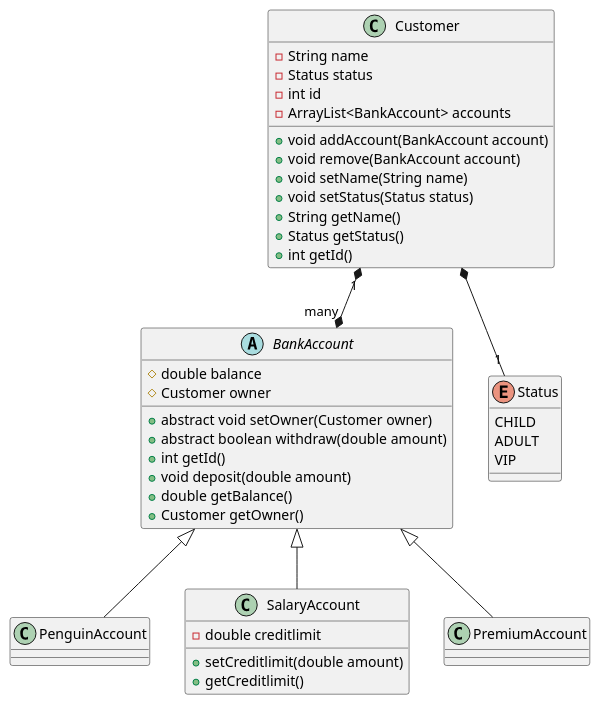
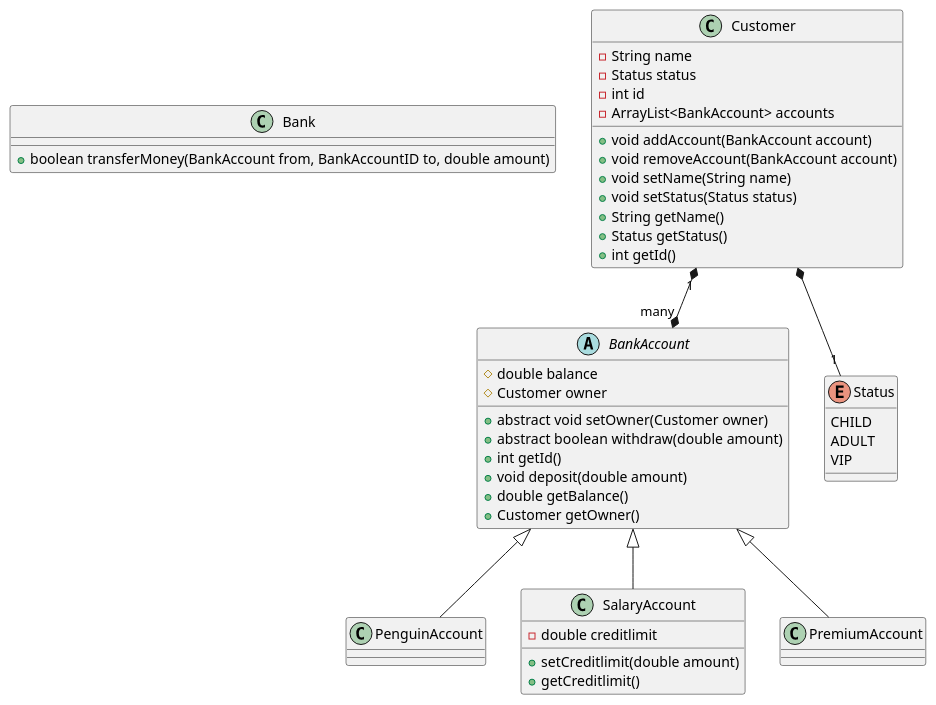
The diagram in Documentation/diagram.puml (kotteletfisk/BankAccount), drawn with PlantUML before and after one commit. The commit also changed 1 other file, not shown here.

Commit message:
Created Bank

```diff
--- a/Documentation/diagram.puml
+++ b/Documentation/diagram.puml
@@ -1,52 +1,52 @@
 @startuml
 'https://plantuml.com/class-diagram
+class Bank{
+    + boolean transferMoney(BankAccount from, BankAccountID to, double amount)
+}
 
 abstract class BankAccount{
     # double balance
     # Customer owner
-
     + abstract void setOwner(Customer owner)
     + abstract boolean withdraw(double amount)
     + int getId()
     + void deposit(double amount)
     + double getBalance()
     + Customer getOwner()
 }
 class PenguinAccount
 class SalaryAccount{
     - double creditlimit
     + setCreditlimit(double amount)
     + getCreditlimit()
 }
 class PremiumAccount
 
 class Customer{
     - String name
     - Status status
     - int id
     - ArrayList<BankAccount> accounts
    + void addAccount(BankAccount account)
-   + void remove(BankAccount account)
+   + void removeAccount(BankAccount account)
    + void setName(String name)
    + void setStatus(Status status)
    + String getName()
    + Status getStatus()
    + int getId()
 }
 
 enum Status{
     CHILD
     ADULT
     VIP
 }
 
 BankAccount <|-- PenguinAccount
 BankAccount <|-- SalaryAccount
 BankAccount <|-- PremiumAccount
 
 Customer "1"*--* "many"BankAccount
 Customer  *-- "1" Status
 
-
-
 @enduml
```
